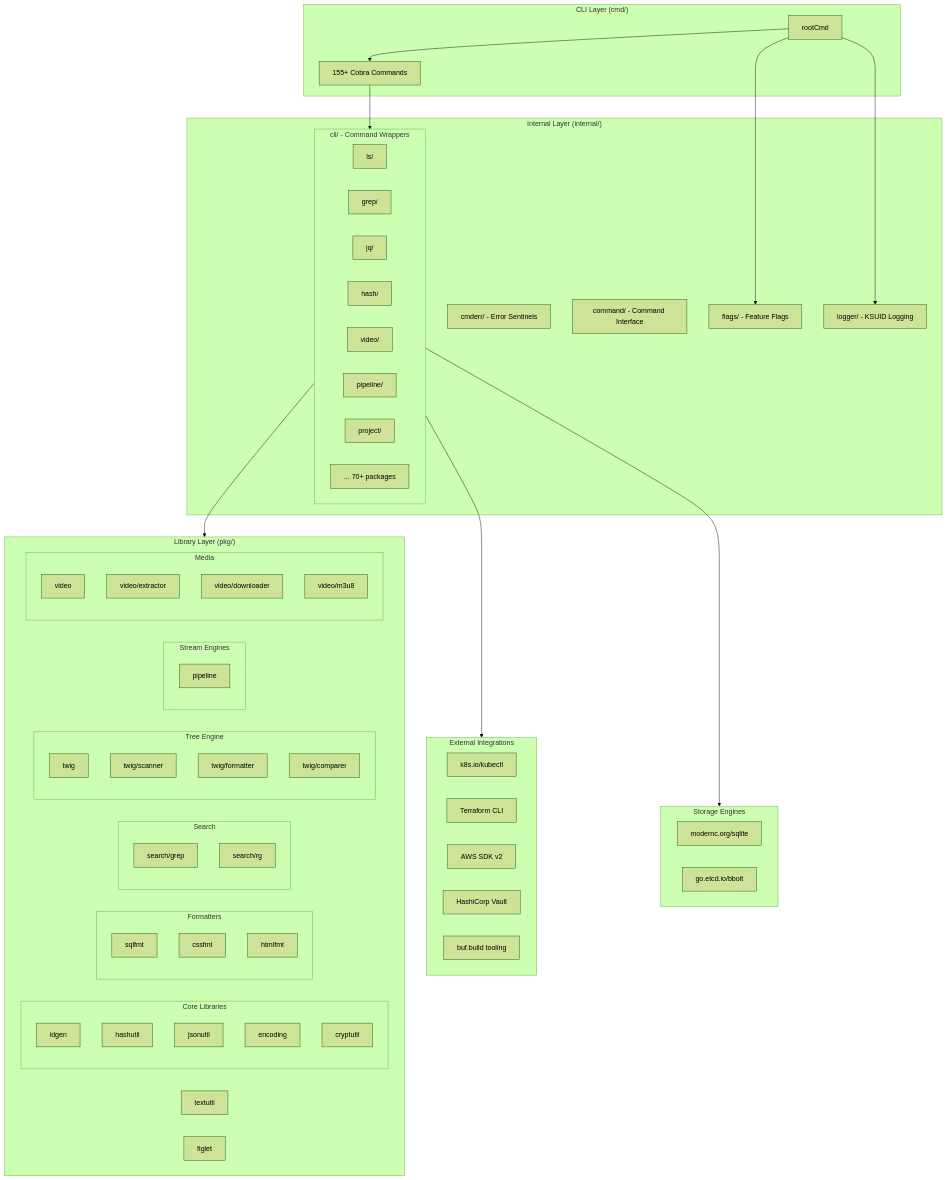
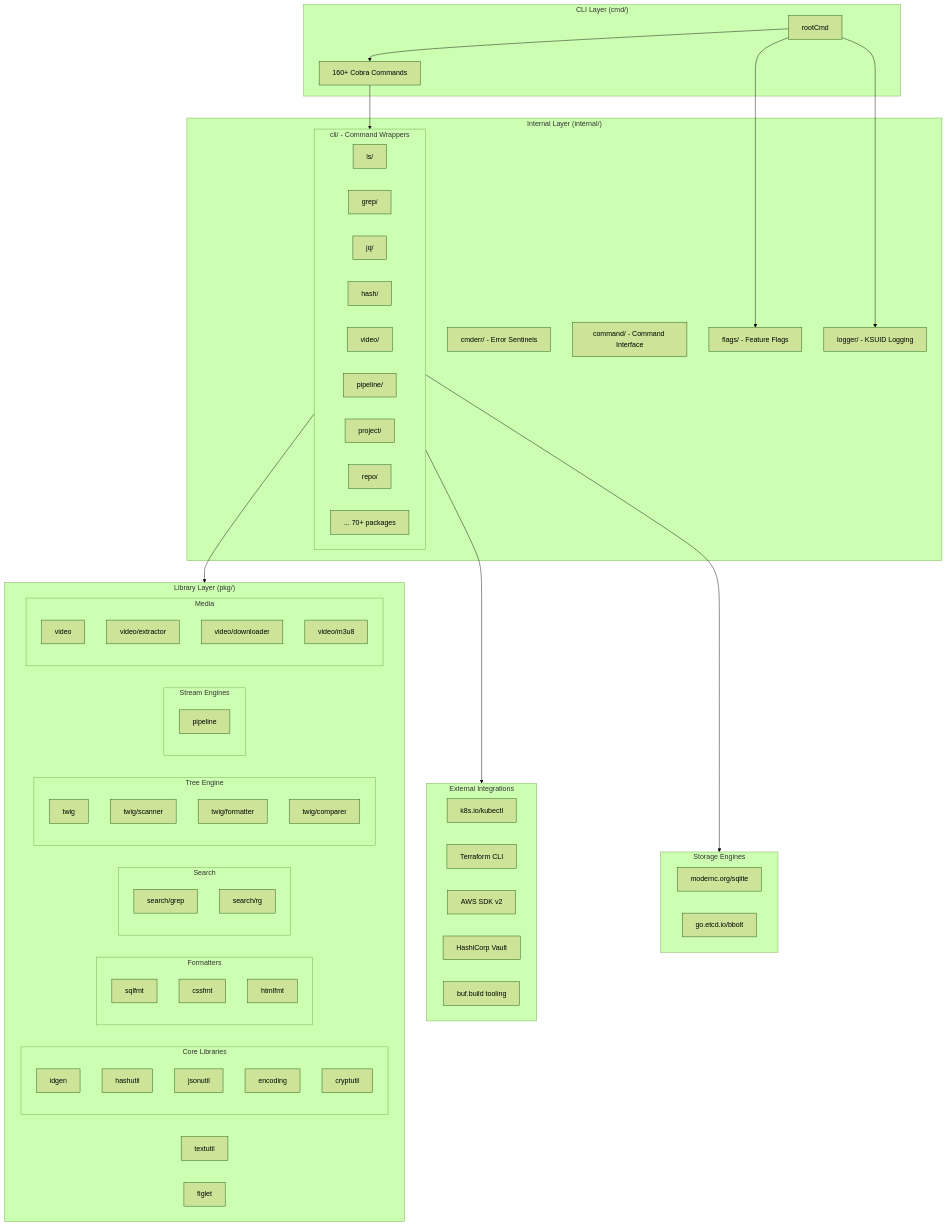
The first of 6 diagrams in docs/ARCHITECTURE.md (inovacc/omni), drawn with Mermaid (forest theme) before and after one commit. The commit also changed 6 other files, not shown here.

````diff
--- a/docs/ARCHITECTURE.md
+++ b/docs/ARCHITECTURE.md
@@ -5,81 +5,82 @@
 ```mermaid
 flowchart TB
     subgraph CLI["CLI Layer (cmd/)"]
         Root[rootCmd]
-        Cmds[155+ Cobra Commands]
+        Cmds[160+ Cobra Commands]
         Root --> Cmds
     end
 
     subgraph Internal["Internal Layer (internal/)"]
         subgraph CLIWrappers["cli/ - Command Wrappers"]
             LS[ls/]
             Grep[grep/]
             JQ[jq/]
             Hash[hash/]
             Video[video/]
             Pipeline[pipeline/]
             Project[project/]
+            Repo[repo/]
             More["... 70+ packages"]
         end
         CmdErr[cmderr/ - Error Sentinels]
         Command[command/ - Command Interface]
         Flags[flags/ - Feature Flags]
         Logger[logger/ - KSUID Logging]
     end
 
     subgraph Pkg["Library Layer (pkg/)"]
         subgraph Core["Core Libraries"]
             IDGen[idgen]
             HashUtil[hashutil]
             JSONUtil[jsonutil]
             Encoding[encoding]
             CryptUtil[cryptutil]
         end
         subgraph Format["Formatters"]
             SQLFmt[sqlfmt]
             CSSFmt[cssfmt]
             HTMLFmt[htmlfmt]
         end
         subgraph Search["Search"]
             GrepPkg[search/grep]
             RGPkg[search/rg]
         end
         subgraph Tree["Tree Engine"]
             Twig[twig]
             Scanner[twig/scanner]
             Formatter[twig/formatter]
             Comparer[twig/comparer]
         end
         subgraph Stream["Stream Engines"]
             PipelinePkg[pipeline]
         end
         subgraph Media["Media"]
             VideoPkg[video]
             Extractor[video/extractor]
             Downloader[video/downloader]
             M3U8[video/m3u8]
         end
         TextUtil[textutil]
         Figlet[figlet]
     end
 
     subgraph External["External Integrations"]
         K8s[k8s.io/kubectl]
         TF["Terraform CLI"]
         AWS["AWS SDK v2"]
         Vault["HashiCorp Vault"]
         Buf["buf.build tooling"]
     end
 
     subgraph Storage["Storage Engines"]
         SQLite[modernc.org/sqlite]
         BBolt[go.etcd.io/bbolt]
     end
 
     Cmds --> CLIWrappers
     CLIWrappers --> Pkg
     CLIWrappers --> External
     CLIWrappers --> Storage
     Root --> Flags
     Root --> Logger
 ```
````
